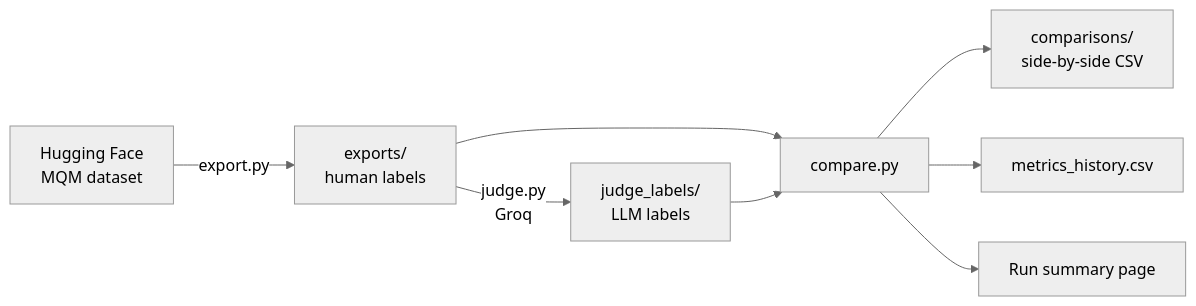
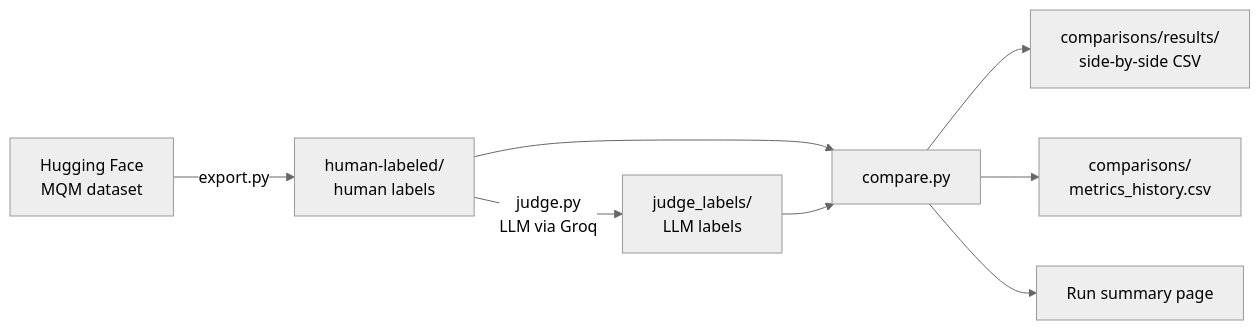
The first of 2 diagrams in README.md (gomezclint/evaluation-test), drawn with Mermaid (neutral theme) before and after one commit. The commit also changed other lines of this file and 4 other files, not shown here.

````diff
--- a/README.md
+++ b/README.md
@@ -54,10 +54,10 @@
 ```mermaid
 flowchart LR
-    A[Hugging Face<br/>MQM dataset] -->|export.py| B[exports/<br/>human labels]
-    B -->|judge.py<br/>Groq| C[judge_labels/<br/>LLM labels]
+    A[Hugging Face<br/>MQM dataset] -->|export.py| B[human-labeled/<br/>human labels]
+    B -->|judge.py<br/>LLM via Groq| C[judge_labels/<br/>LLM labels]
     B --> D
     C --> D[compare.py]
-    D --> E[comparisons/<br/>side-by-side CSV]
-    D --> F[metrics_history.csv]
+    D --> E[comparisons/results/<br/>side-by-side CSV]
+    D --> F[comparisons/<br/>metrics_history.csv]
     D --> G[Run summary page]
 ```
````
